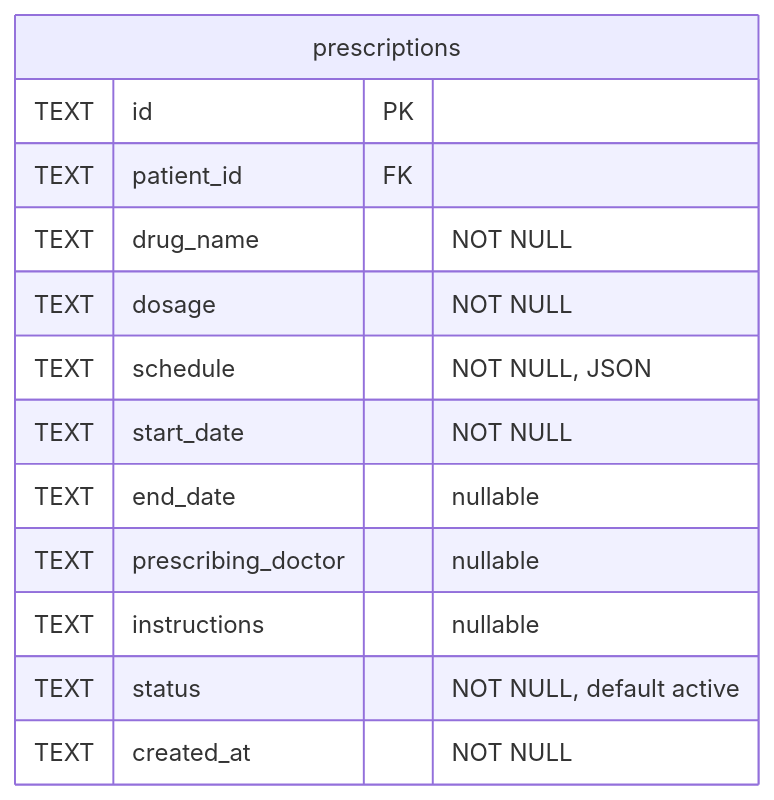
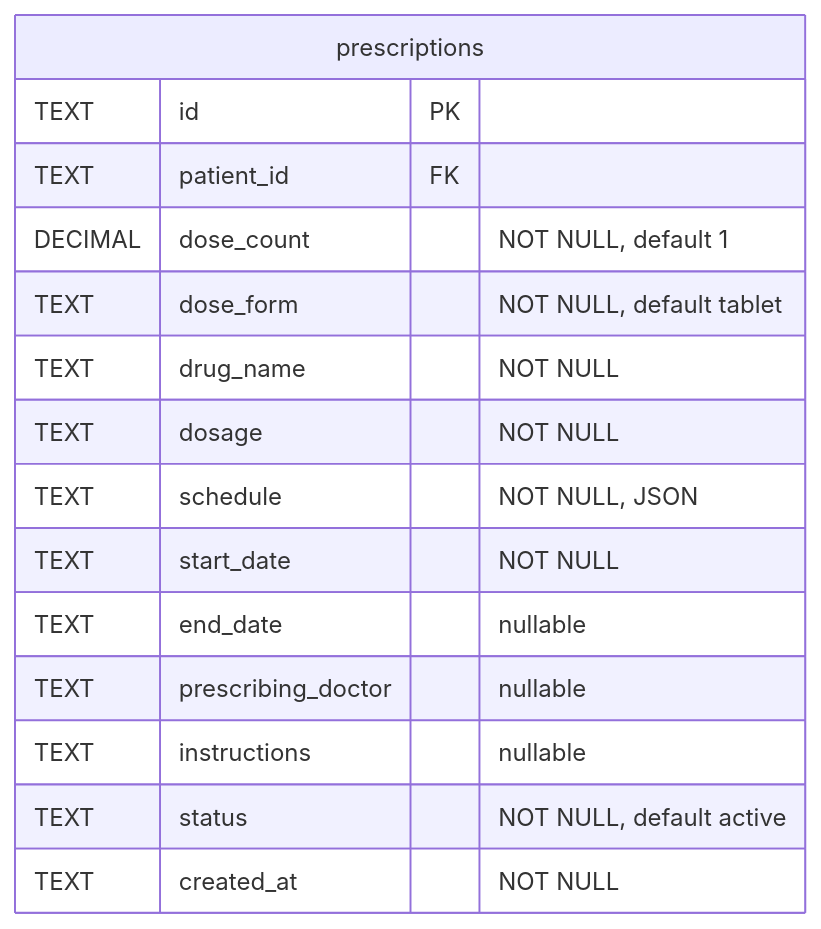
One commit to ianjmacintosh/pillbug changed the third of 4 diagrams in CONTEXT.md. Above: the diagram before and after it, drawn with Mermaid. The commit also changed other lines of this file and 13 other files, not shown here.

First line of the commit message:
Add dose count/form factor fields, quick-win UX improvements, and DB migration (#141)

````diff
--- a/CONTEXT.md
+++ b/CONTEXT.md
@@ -239,16 +239,18 @@
 ```mermaid
 erDiagram
     prescriptions {
         TEXT id PK
         TEXT patient_id FK
+        DECIMAL dose_count "NOT NULL, default 1"
+        TEXT dose_form "NOT NULL, default tablet"
         TEXT drug_name "NOT NULL"
         TEXT dosage "NOT NULL"
         TEXT schedule "NOT NULL, JSON"
         TEXT start_date "NOT NULL"
         TEXT end_date "nullable"
         TEXT prescribing_doctor "nullable"
         TEXT instructions "nullable"
         TEXT status "NOT NULL, default active"
         TEXT created_at "NOT NULL"
     }
 ```
````
